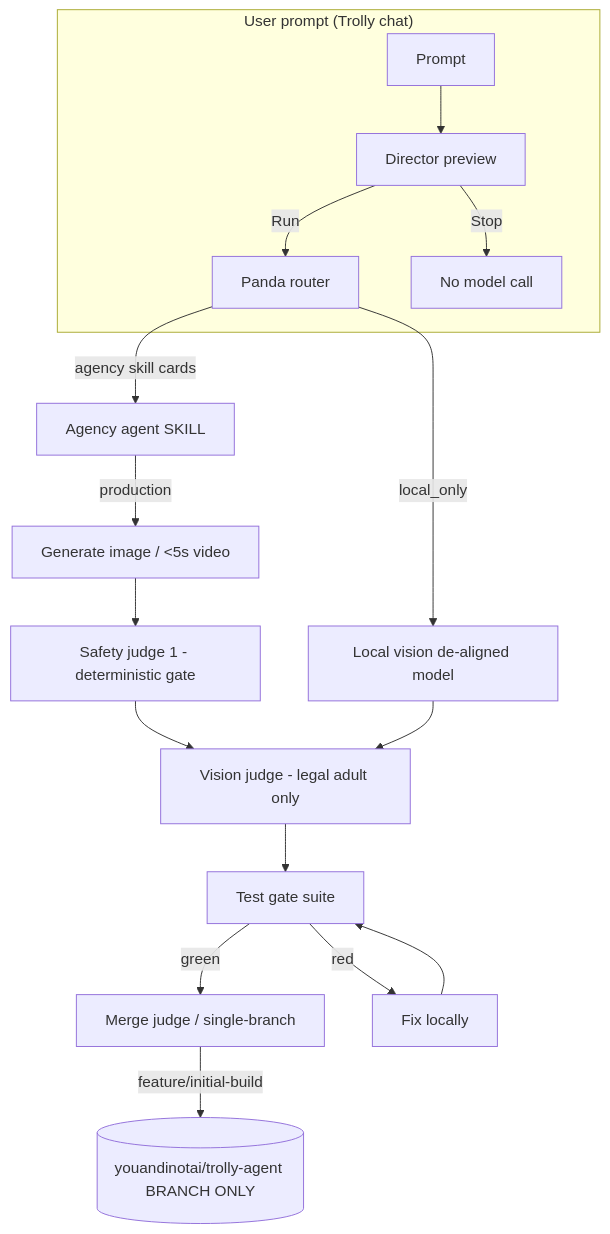
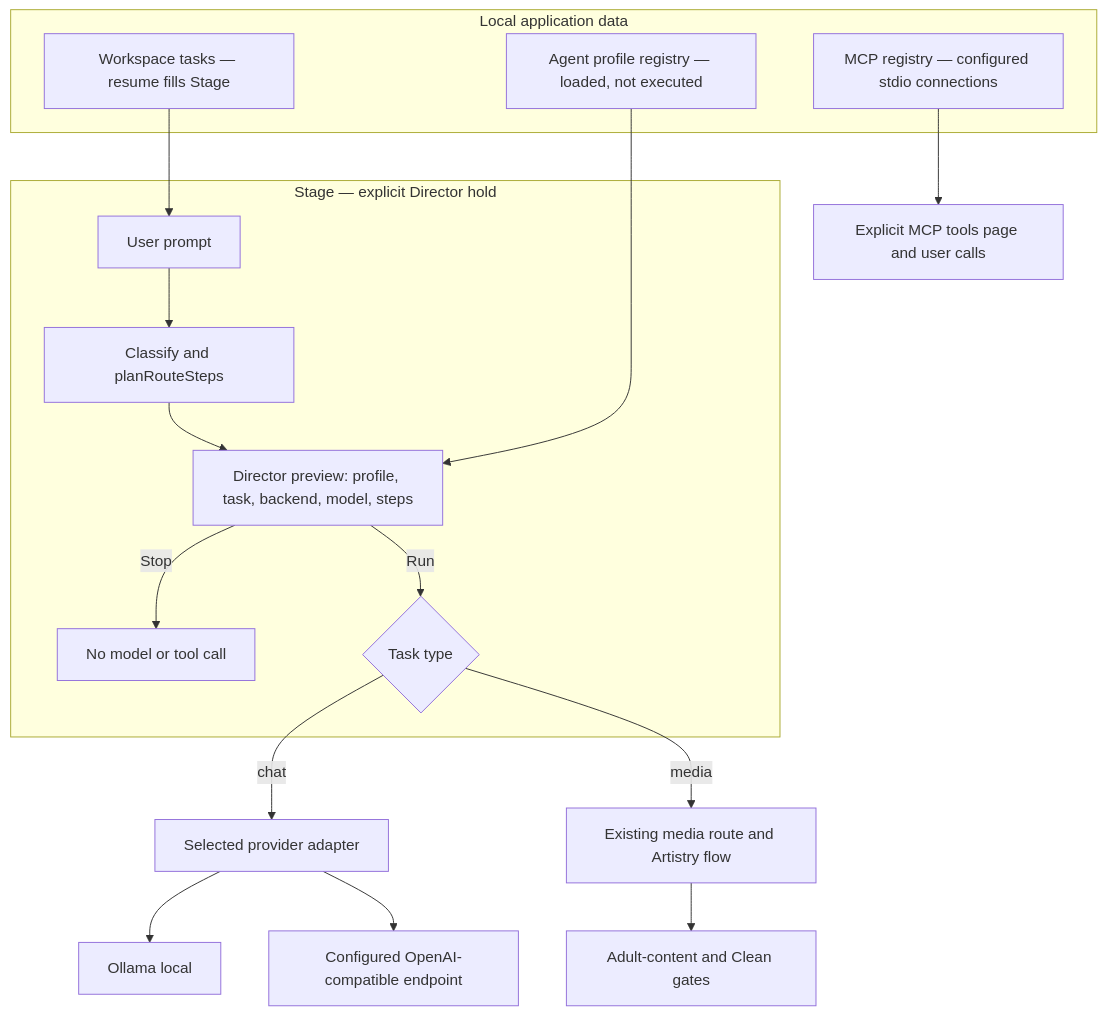
One commit to youandinotai/trolly-agent changed the diagram in docs/ARCHITECTURE.md. Above: the diagram before and after it, drawn with Mermaid. The commit also changed other lines of this file and 292 other files, not shown here.

Commit message:
Add Trolly features and portable local data paths

````diff
--- a/docs/ARCHITECTURE.md
+++ b/docs/ARCHITECTURE.md
@@ -3,19 +3,22 @@
 ```mermaid
 graph TD
-  subgraph In["User prompt (Trolly chat)"]
-    U[Prompt] --> D[Director preview]
-    D -->|Run| P[Panda router]
-    D -->|Stop| X[No model call]
+  subgraph Stage["Stage — explicit Director hold"]
+    U[User prompt] --> R[Classify and planRouteSteps]
+    R --> D[Director preview: profile, task, backend, model, steps]
+    D -->|Stop| X[No model or tool call]
+    D -->|Run| C{Task type}
   end
-  P -->|local_only| M[Local vision de-aligned model]
-  P -->|agency skill cards| A[Agency agent SKILL]
-  A -->|production| G[Generate image / <5s video]
-  G --> J1[Safety judge 1 - deterministic gate]
-  J1 --> J2[Vision judge - legal adult only]
-  M --> J2
-  J2 --> TESTS[Test gate suite]
-  TESTS -->|green| MERGE[Merge judge / single-branch]
-  TESTS -->|red| FIX[Fix locally]
-  FIX --> TESTS
-  MERGE -->|feature/initial-build| REPO[(youandinotai/trolly-agent BRANCH ONLY)]
+  C -->|chat| P[Selected provider adapter]
+  P --> O[Ollama local]
+  P --> G[Configured OpenAI-compatible endpoint]
+  C -->|media| A[Existing media route and Artistry flow]
+  A --> S[Adult-content and Clean gates]
+  subgraph Local["Local application data"]
+    AG[Agent profile registry — loaded, not executed]
+    W[Workspace tasks — resume fills Stage]
+    MC[MCP registry — configured stdio connections]
+  end
+  AG --> D
+  W --> U
+  MC --> T[Explicit MCP tools page and user calls]
 ```
````
